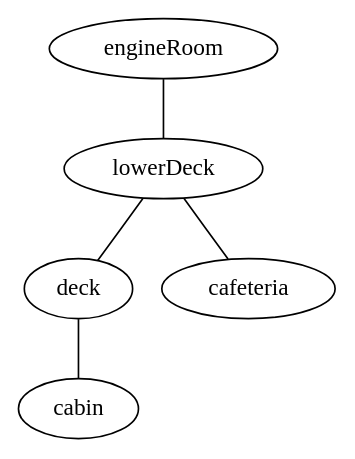
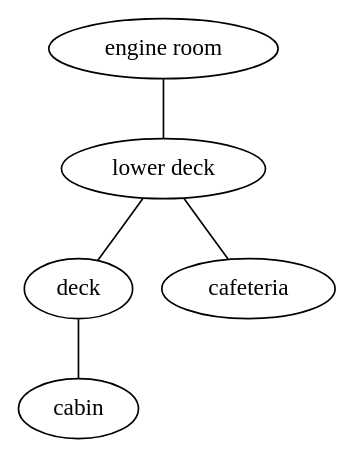
One commit to maelys-mcardle/adventure changed the third of 3 diagrams in documentation/firststory.md. Above: the diagram before and after it, drawn with Graphviz. The commit also changed other lines of this file and 2 other files, not shown here.

````diff
--- a/documentation/firststory.md
+++ b/documentation/firststory.md
@@ -429,6 +429,6 @@
 ```dot
 graph location {
-  engineRoom -- lowerDeck -- deck -- cabin
-  lowerDeck -- cafeteria
+  "engine room" -- "lower deck" -- deck -- cabin
+  "lower deck" -- cafeteria
 }
 ```
````
